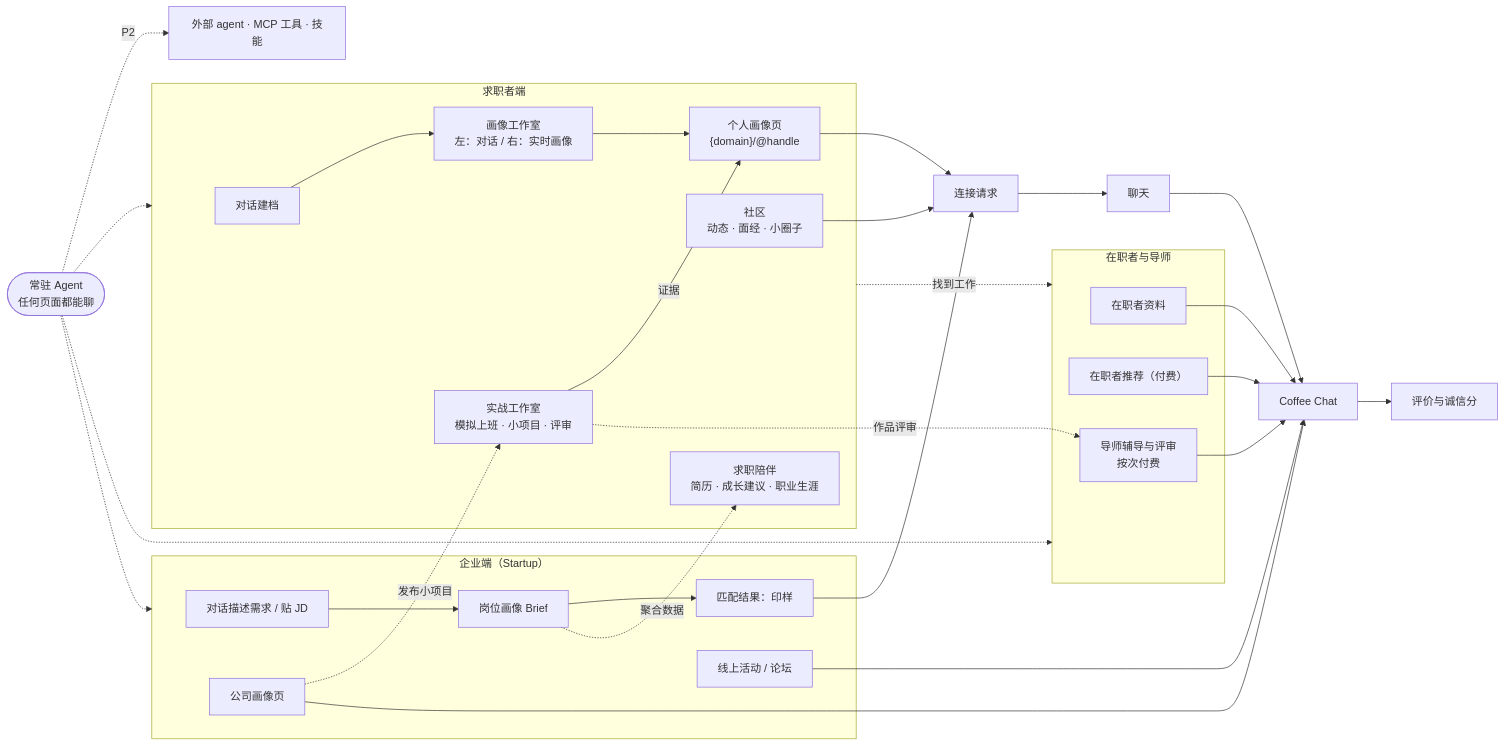
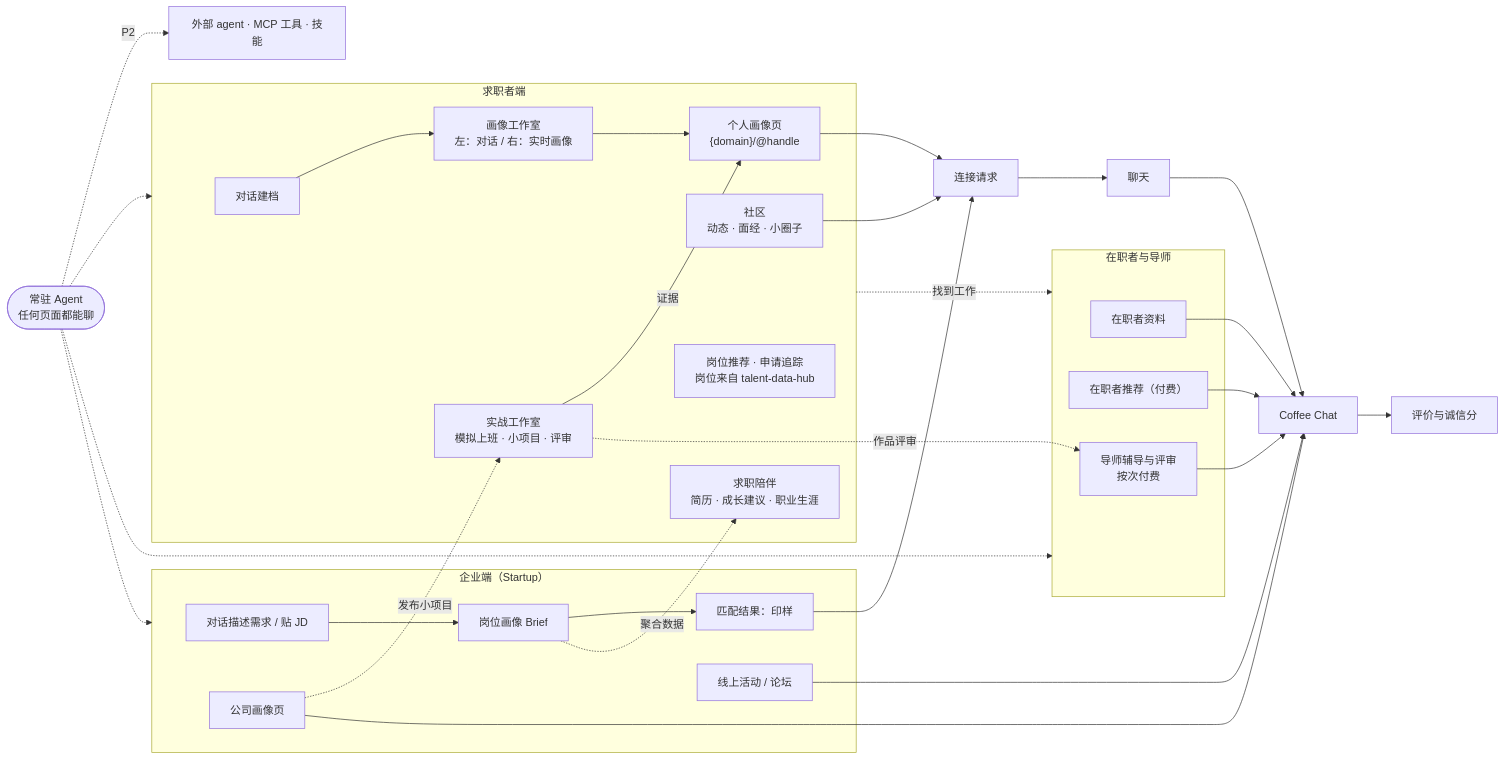
Before and after one commit to mikeaccio666-debug/employee-research-agent: the diagram in docs/PRD.md, drawn with Mermaid. The commit also changed other lines of this file and 19 other files, not shown here.

First line of the commit message:
Jobs for job seekers v0: recommendations with checkable reasons, from a talent-data-hub sample

````diff
--- a/docs/PRD.md
+++ b/docs/PRD.md
@@ -152,42 +152,43 @@
 ```mermaid
 flowchart LR
   AG(["常驻 Agent<br/>任何页面都能聊"])
   subgraph T["求职者端"]
     T1["对话建档"] --> T2["画像工作室<br/>左：对话 / 右：实时画像"]
     T2 --> T3["个人画像页<br/>{domain}/@handle"]
     T4["社区<br/>动态 · 面经 · 小圈子"]
     T5["求职陪伴<br/>简历 · 成长建议 · 职业生涯"]
     T6["实战工作室<br/>模拟上班 · 小项目 · 评审"]
+    T7["岗位推荐 · 申请追踪<br/>岗位来自 talent-data-hub"]
   end
   subgraph I["在职者与导师"]
     I1["在职者资料"]
     I2["在职者推荐（付费）"]
     I3["导师辅导与评审<br/>按次付费"]
   end
   subgraph C["企业端（Startup）"]
     C1["对话描述需求 / 贴 JD"] --> C2["岗位画像 Brief"]
     C2 --> C3["匹配结果：印样"]
     C4["公司画像页"]
     C5["线上活动 / 论坛"]
   end
   AG -.-> T
   AG -.-> I
   AG -.-> C
   AG -.->|"P2"| EX["外部 agent · MCP 工具 · 技能"]
   T -.->|"找到工作"| I
   T6 -->|"证据"| T3
   T6 -.->|"作品评审"| I3
   C4 -.->|"发布小项目"| T6
   C2 -.->|"聚合数据"| T5
   T3 --> X1["连接请求"]
   T4 --> X1
   C3 --> X1
   X1 --> X2["聊天"]
   X2 --> X3["Coffee Chat"]
   I1 --> X3
   I2 --> X3
   I3 --> X3
   C4 --> X3
   C5 --> X3
   X3 --> X4["评价与诚信分"]
 ```
````
